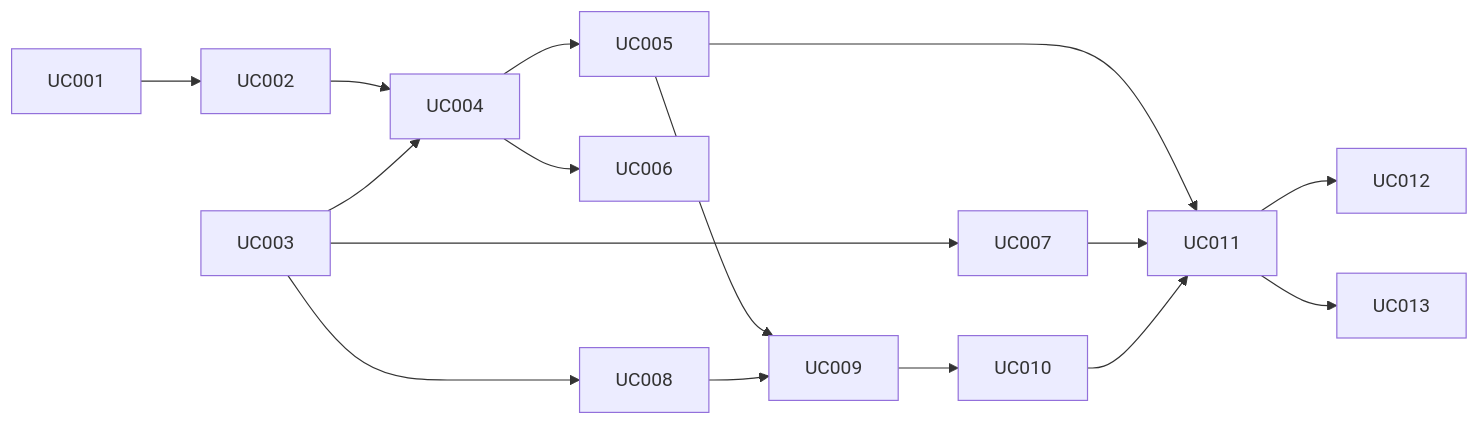
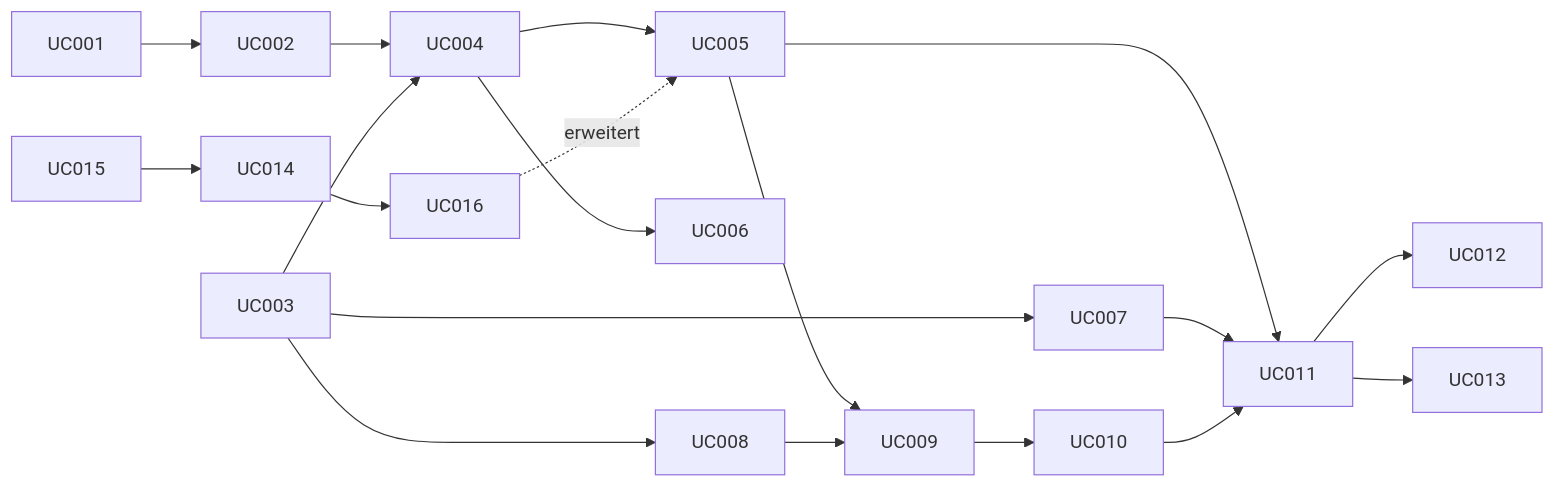
Before and after one commit to davidrossier/quartierfest-backend: the second of 2 diagrams in specs/use-case-diagram.md, drawn with Mermaid. The commit also changed other lines of this file and 8 other files, not shown here.

First line of the commit message:
docs: UC-Specs und Use-Case-Diagramm auf Implementierungsstand bringen

````diff
--- a/specs/use-case-diagram.md
+++ b/specs/use-case-diagram.md
@@ -107,18 +130,21 @@
 ```mermaid
 graph LR
     UC001 --> UC002
     UC002 --> UC004
     UC003 --> UC004
     UC004 --> UC005
     UC004 --> UC006
     UC003 --> UC007
     UC003 --> UC008
     UC005 --> UC009
     UC008 --> UC009
     UC009 --> UC010
     UC005 --> UC011
     UC007 --> UC011
     UC010 --> UC011
     UC011 --> UC012
     UC011 --> UC013
+    UC015 --> UC014
+    UC014 --> UC016
+    UC016 -.->|erweitert| UC005
 ```
````
